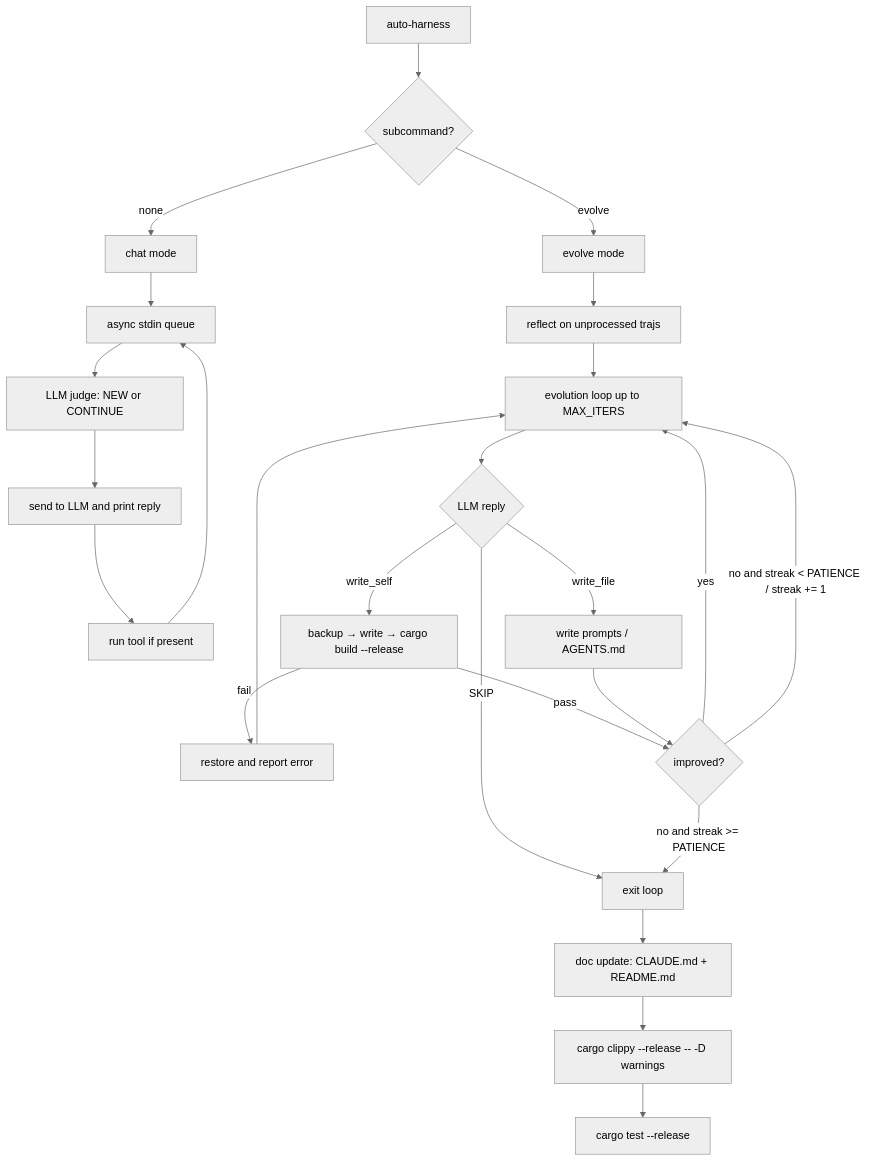
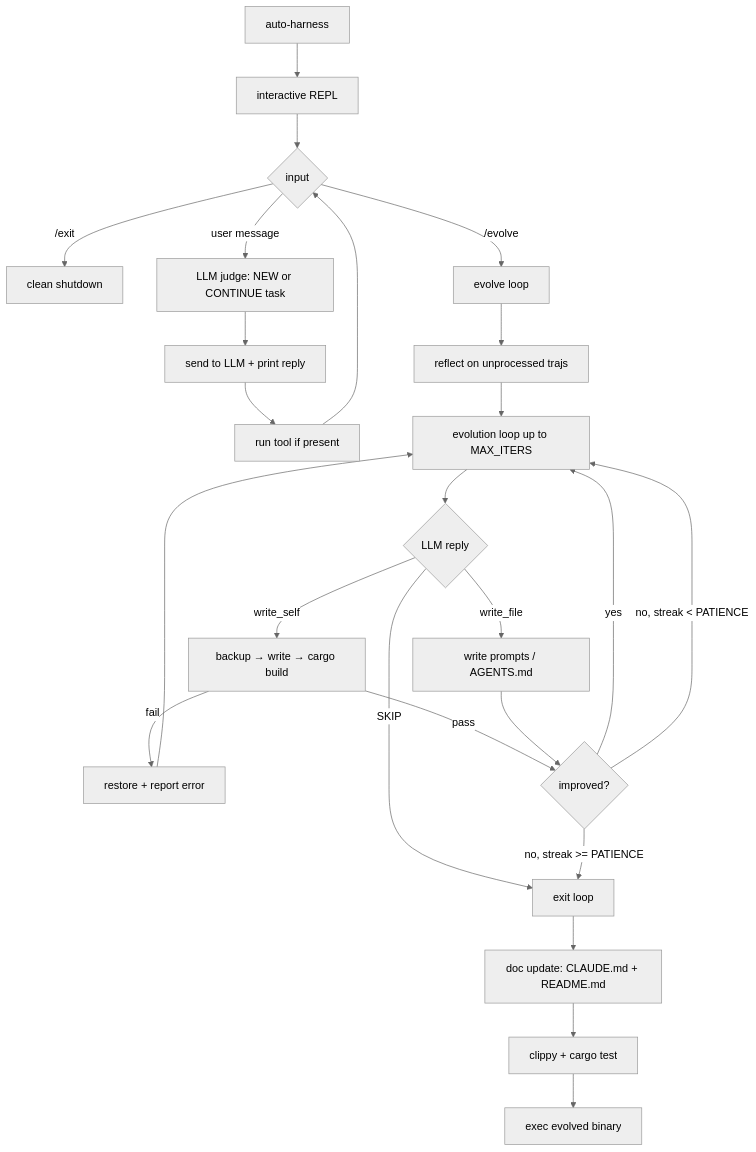
One commit to zhimin-z/AutoHarness changed the diagram in README.md. Above: the diagram before and after it, drawn with Mermaid (neutral theme). The commit also changed other lines of this file and 4 other files, not shown here.

````diff
--- a/README.md
+++ b/README.md
@@ -60,29 +57,29 @@
 ```mermaid
 flowchart TD
-    A[auto-harness] --> B{subcommand?}
-    B -->|none| C[chat mode]
-    B -->|evolve| D[evolve mode]
+    A[auto-harness] --> B[interactive REPL]
 
-    C --> C1[async stdin queue]
-    C1 --> C2[LLM judge: NEW or CONTINUE]
-    C2 --> C3[send to LLM and print reply]
-    C3 --> C4[run tool if present]
-    C4 --> C1
+    B --> C{input}
+    C -->|/exit| Z[clean shutdown]
+    C -->|/evolve| D[evolve loop]
+    C -->|user message| E[LLM judge: NEW or CONTINUE task]
+    E --> F[send to LLM + print reply]
+    F --> G[run tool if present]
+    G --> C
 
     D --> D1[reflect on unprocessed trajs]
     D1 --> D2[evolution loop up to MAX_ITERS]
     D2 --> D3{LLM reply}
     D3 -->|SKIP| D5[exit loop]
-    D3 -->|write_self| D4[backup → write → cargo build --release]
-    D4 -->|fail| D6[restore and report error]
+    D3 -->|write_self| D4[backup → write → cargo build]
+    D4 -->|fail| D6[restore + report error]
     D6 --> D2
     D4 -->|pass| D8{improved?}
     D3 -->|write_file| D9[write prompts / AGENTS.md]
     D9 --> D8
     D8 -->|yes| D2
-    D8 -->|no and streak < PATIENCE / streak += 1| D2
-    D8 -->|no and streak >= PATIENCE| D5
+    D8 -->|no, streak < PATIENCE| D2
+    D8 -->|no, streak >= PATIENCE| D5
     D5 --> D7[doc update: CLAUDE.md + README.md]
-    D7 --> D11[cargo clippy --release -- -D warnings]
-    D11 --> D12[cargo test --release]
+    D7 --> D10[clippy + cargo test]
+    D10 --> D11[exec evolved binary]
 ```
````
